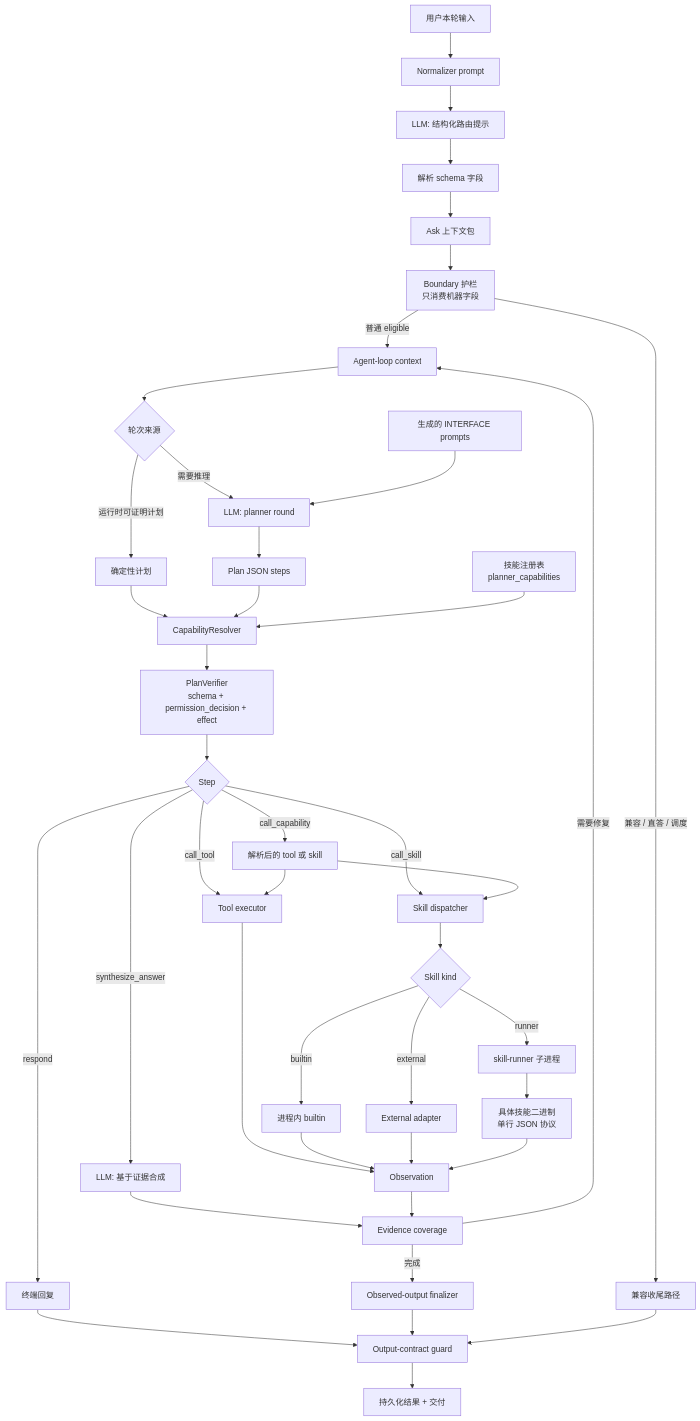
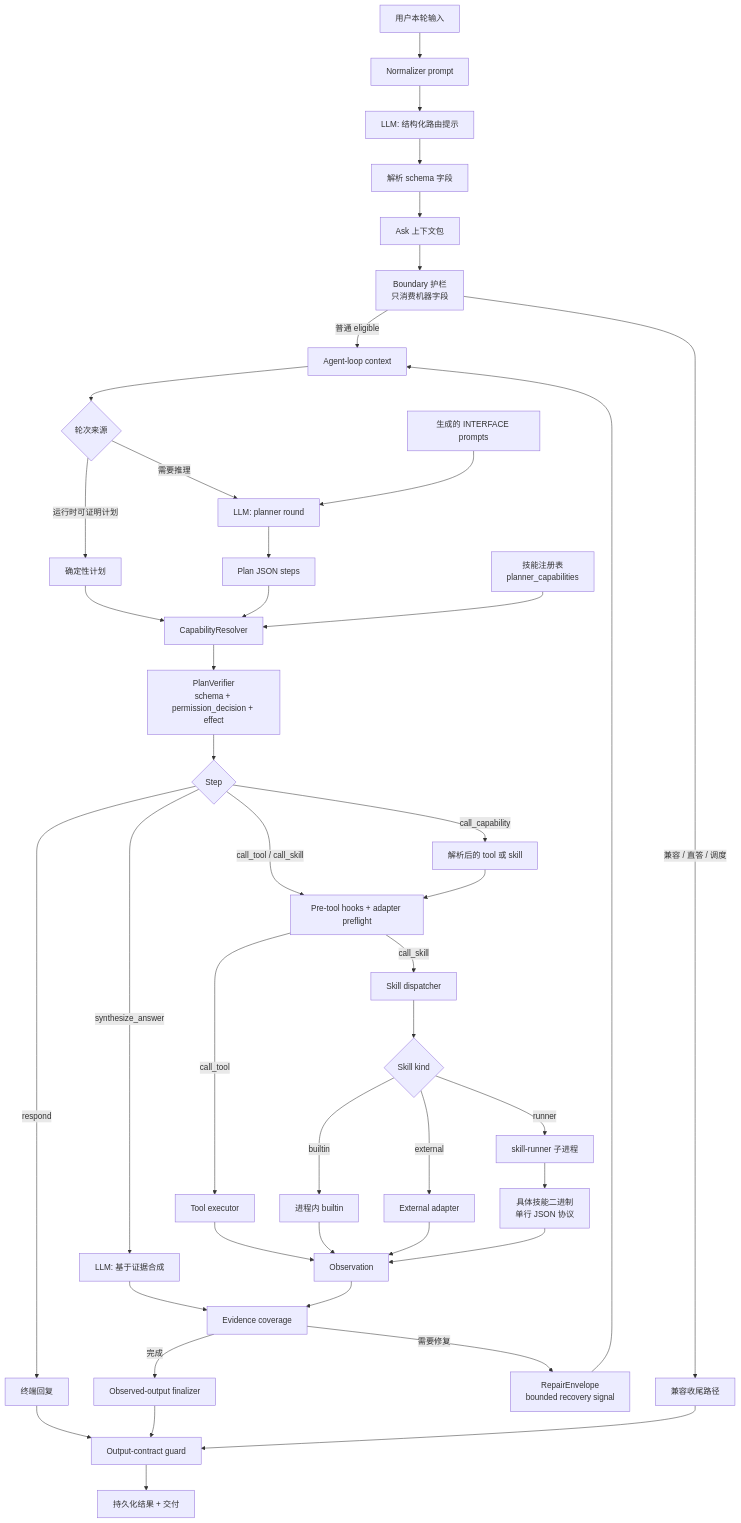
Before and after one commit to MatrixCoreX/RustClaw: the second of 3 diagrams in README.zh-CN.md, drawn with Mermaid. The commit also changed other lines of this file, not shown here.

Commit message:
Align Chinese README runtime diagrams

````diff
--- a/README.zh-CN.md
+++ b/README.zh-CN.md
@@ -82,44 +89,45 @@
 ```mermaid
 flowchart TD
     A[用户本轮输入] --> B[Normalizer prompt]
     B --> C[LLM: 结构化路由提示]
     C --> D[解析 schema 字段]
     D --> E[Ask 上下文包]
     E --> F[Boundary 护栏<br/>只消费机器字段]
     F -->|普通 eligible| G[Agent-loop context]
     F -->|兼容 / 直答 / 调度| H[兼容收尾路径]
     G --> I{轮次来源}
     I -->|运行时可证明计划| J[确定性计划]
     I -->|需要推理| K[LLM: planner round]
     K --> L[Plan JSON steps]
     J --> M[CapabilityResolver]
     L --> M
     N[技能注册表<br/>planner_capabilities] --> M
     O[生成的 INTERFACE prompts] --> K
     M --> P[PlanVerifier<br/>schema + permission_decision + effect]
     P --> Q{Step}
     Q -->|call_capability| R[解析后的 tool 或 skill]
-    Q -->|call_tool| S[Tool executor]
-    Q -->|call_skill| T[Skill dispatcher]
-    R --> S
-    R --> T
+    Q -->|call_tool / call_skill| QA[Pre-tool hooks + adapter preflight]
+    R --> QA
+    QA -->|call_tool| S[Tool executor]
+    QA -->|call_skill| T[Skill dispatcher]
     T --> U{Skill kind}
     U -->|builtin| V[进程内 builtin]
     U -->|external| W[External adapter]
     U -->|runner| X[skill-runner 子进程]
     X --> Y[具体技能二进制<br/>单行 JSON 协议]
     S --> Z[Observation]
     V --> Z
     W --> Z
     Y --> Z
     Q -->|synthesize_answer| ZA[LLM: 基于证据合成]
     Q -->|respond| ZB[终端回复]
     ZA --> ZC[Evidence coverage]
     Z --> ZC
-    ZC -->|需要修复| G
+    ZC -->|需要修复| ZR[RepairEnvelope<br/>bounded recovery signal]
+    ZR --> G
     ZC -->|完成| ZD[Observed-output finalizer]
     ZB --> ZE[Output-contract guard]
     ZD --> ZE
     H --> ZE
     ZE --> ZF[持久化结果 + 交付]
 ```
````
